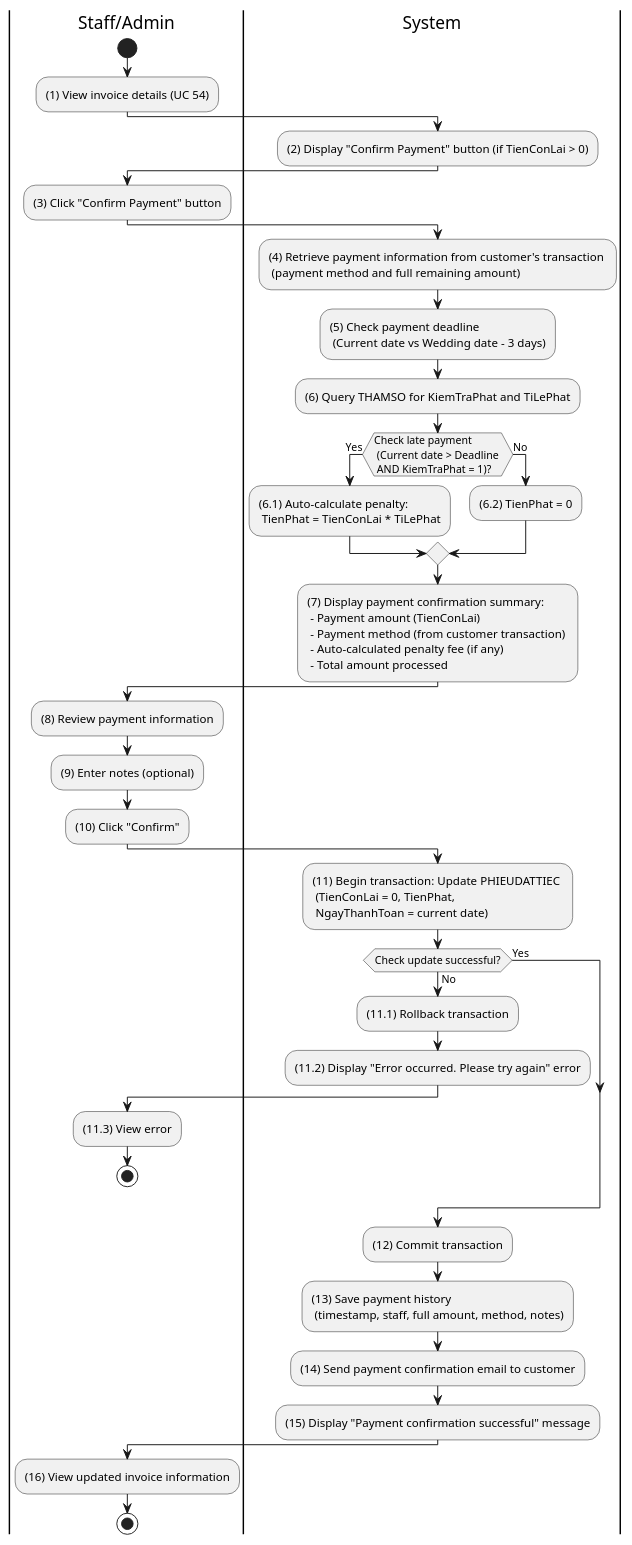
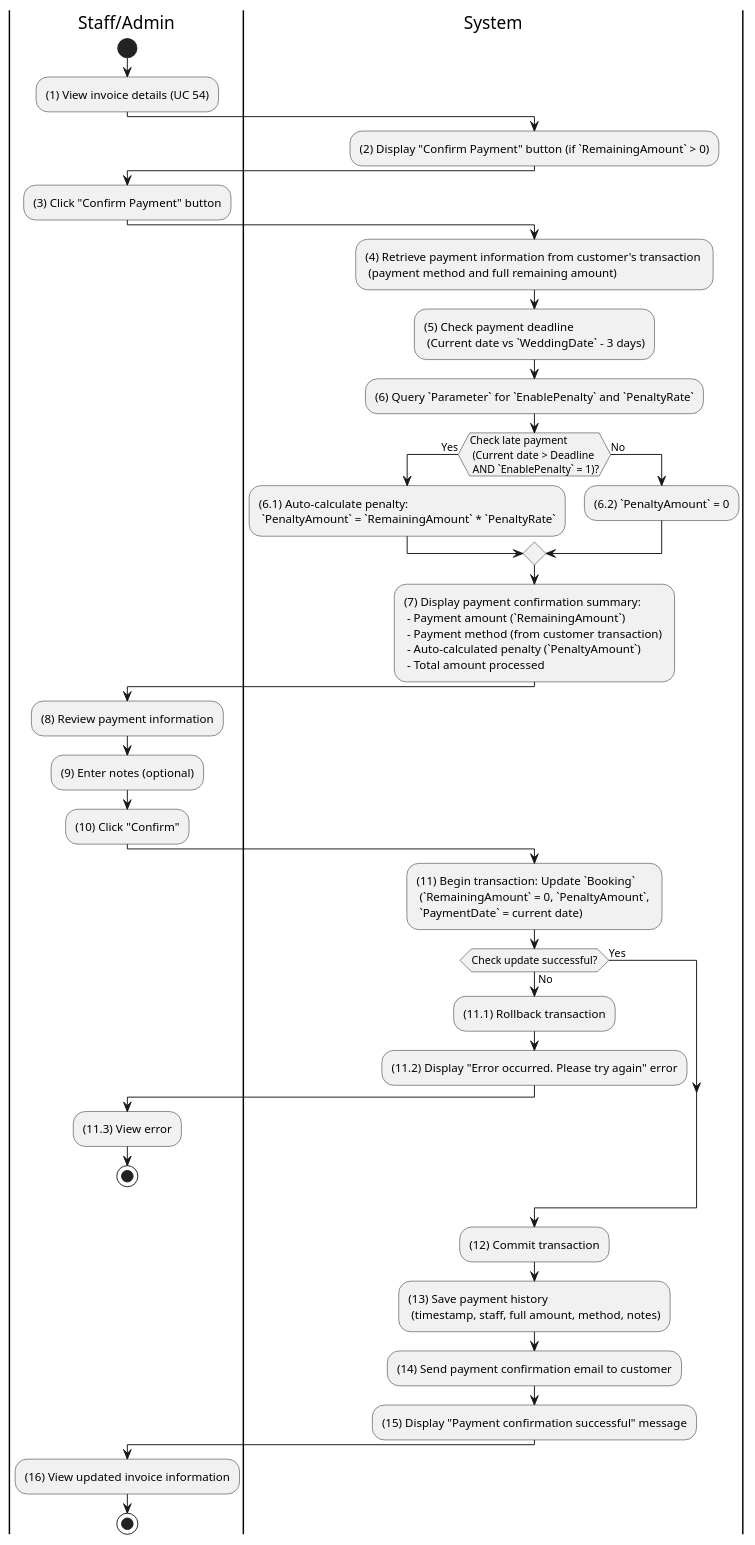
Before and after one commit to se113-wm/se113-wm.github.io: the diagram in docs/docs/activity for wedding management system/manage-invoices/confirm-payment-and-calculate-penalty.md, drawn with PlantUML. The commit also changed 64 other files, not shown here.

````diff
--- a/docs/docs/activity for wedding management system/manage-invoices/confirm-payment-and-calculate-penalty.md
+++ b/docs/docs/activity for wedding management system/manage-invoices/confirm-payment-and-calculate-penalty.md
@@ -3,60 +3,60 @@
 ```plantuml
 @startuml
 |S|Staff/Admin
 |Sys|System
 
 |S|
 start
 
 :(1) View invoice details (UC 54);
 
 |Sys|
-:(2) Display "Confirm Payment" button (if TienConLai > 0);
+:(2) Display "Confirm Payment" button (if `RemainingAmount` > 0);
 
 |S|
 :(3) Click "Confirm Payment" button;
 
 |Sys|
 :(4) Retrieve payment information from customer's transaction \n (payment method and full remaining amount);
-:(5) Check payment deadline \n (Current date vs Wedding date - 3 days);
-:(6) Query THAMSO for KiemTraPhat and TiLePhat;
+:(5) Check payment deadline \n (Current date vs `WeddingDate` - 3 days);
+:(6) Query `Parameter` for `EnablePenalty` and `PenaltyRate`;
 
-if (Check late payment \n (Current date > Deadline \n AND KiemTraPhat = 1)?) then (Yes)
-	:(6.1) Auto-calculate penalty: \n TienPhat = TienConLai * TiLePhat;
+if (Check late payment \n (Current date > Deadline \n AND `EnablePenalty` = 1)?) then (Yes)
+	:(6.1) Auto-calculate penalty: \n `PenaltyAmount` = `RemainingAmount` * `PenaltyRate`;
 else (No)
-	:(6.2) TienPhat = 0;
+	:(6.2) `PenaltyAmount` = 0;
 endif
 
 |Sys|
-:(7) Display payment confirmation summary: \n - Payment amount (TienConLai) \n - Payment method (from customer transaction) \n - Auto-calculated penalty fee (if any) \n - Total amount processed;
+:(7) Display payment confirmation summary: \n - Payment amount (`RemainingAmount`) \n - Payment method (from customer transaction) \n - Auto-calculated penalty (`PenaltyAmount`) \n - Total amount processed;
 
 |S|
 :(8) Review payment information;
 :(9) Enter notes (optional);
 :(10) Click "Confirm";
 
 |Sys|
-:(11) Begin transaction: Update PHIEUDATTIEC \n (TienConLai = 0, TienPhat, \n NgayThanhToan = current date);
+:(11) Begin transaction: Update `Booking` \n (`RemainingAmount` = 0, `PenaltyAmount`, \n `PaymentDate` = current date);
 
 if (Check update successful?) then (No)
 	:(11.1) Rollback transaction;
 	:(11.2) Display "Error occurred. Please try again" error;
 	|S|
 	:(11.3) View error;
 	stop
 else (Yes)
 endif
 
 |Sys|
 :(12) Commit transaction;
 :(13) Save payment history \n (timestamp, staff, full amount, method, notes);
 :(14) Send payment confirmation email to customer;
 :(15) Display "Payment confirmation successful" message;
 
 |S|
 :(16) View updated invoice information;
 
 stop
 
 @enduml
 ```
````
